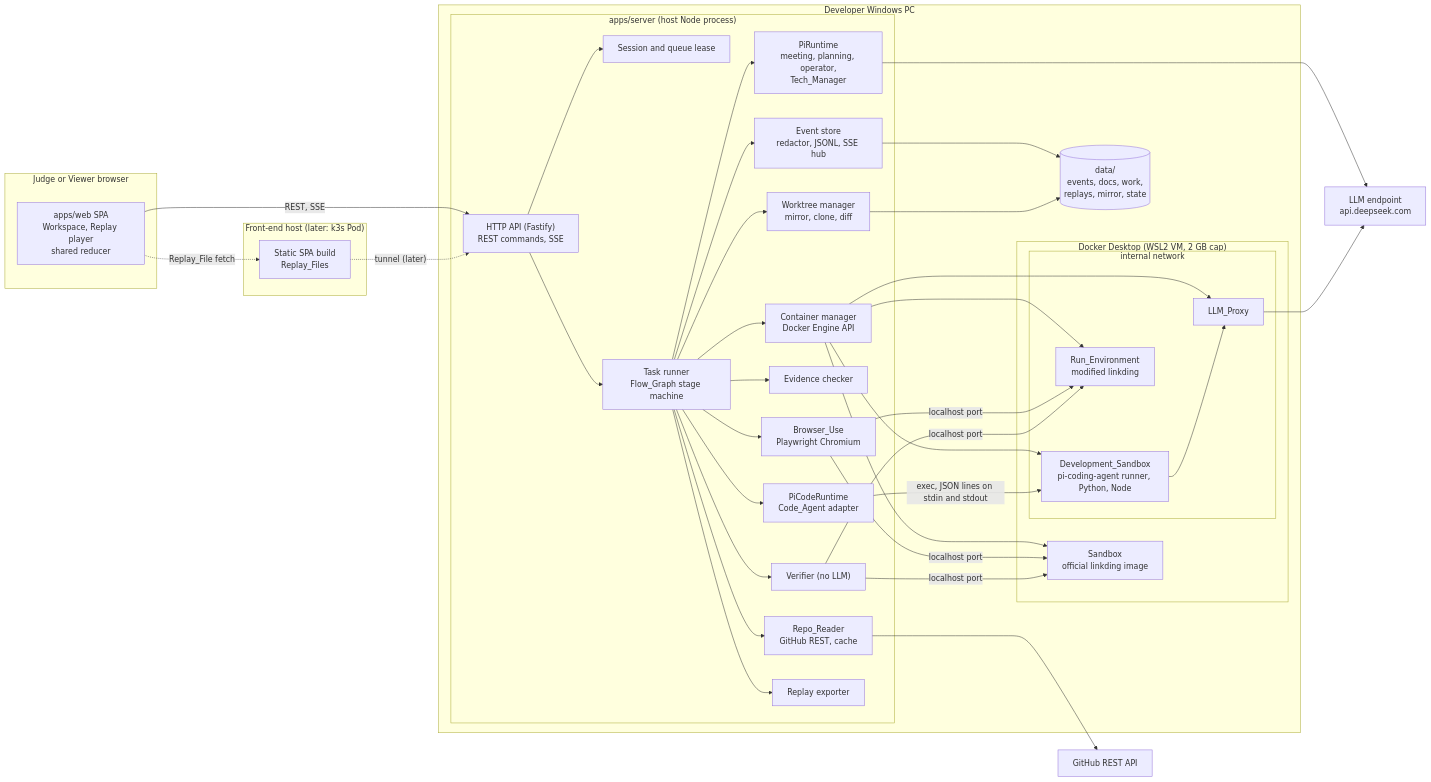
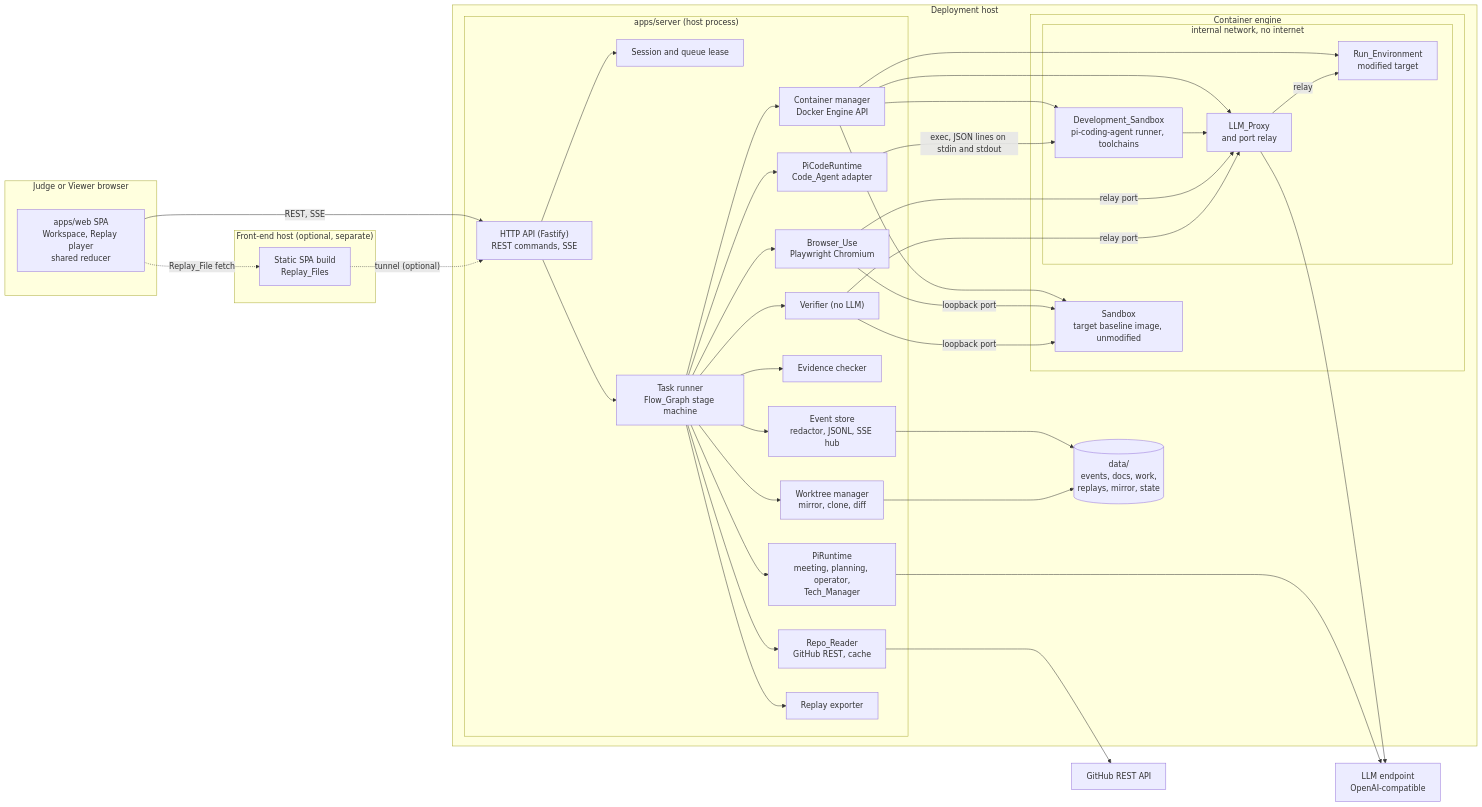
Before and after one commit to peikuo/graftlab-ai: the first of 3 diagrams in .kiro/specs/graftlab-ai/design.md, drawn with Mermaid. The commit also changed other lines of this file and 5 other files, not shown here.

Commit message:
docs(spec): generic design with Adapter contract; linkding and deployment moved to references; evidence gathered before the meeting; repository security noted for the future

````diff
--- a/.kiro/specs/graftlab-ai/design.md
+++ b/.kiro/specs/graftlab-ai/design.md
@@ -73,68 +81,69 @@
 ```mermaid
 flowchart LR
     subgraph Browser["Judge or Viewer browser"]
         WEB["apps/web SPA<br/>Workspace, Replay player<br/>shared reducer"]
     end
-    subgraph Front["Front-end host (later: k3s Pod)"]
+    subgraph Front["Front-end host (optional, separate)"]
         STATIC["Static SPA build<br/>Replay_Files"]
     end
-    subgraph PC["Developer Windows PC"]
-        subgraph Server["apps/server (host Node process)"]
+    subgraph Host["Deployment host"]
+        subgraph Server["apps/server (host process)"]
             HTTP["HTTP API (Fastify)<br/>REST commands, SSE"]
             QUEUE["Session and queue lease"]
             RUNNER["Task runner<br/>Flow_Graph stage machine"]
             STORE["Event store<br/>redactor, JSONL, SSE hub"]
             PIRT["PiRuntime<br/>meeting, planning, operator,<br/>Tech_Manager"]
             HRT["PiCodeRuntime<br/>Code_Agent adapter"]
             READER["Repo_Reader<br/>GitHub REST, cache"]
             EVID["Evidence checker"]
             BROWSER["Browser_Use<br/>Playwright Chromium"]
             DOCKER["Container manager<br/>Docker Engine API"]
             GIT["Worktree manager<br/>mirror, clone, diff"]
             VERIFIER["Verifier (no LLM)"]
             REPLAY["Replay exporter"]
         end
         DATA[("data/<br/>events, docs, work,<br/>replays, mirror, state")]
-        subgraph Docker["Docker Desktop (WSL2 VM, 2 GB cap)"]
-            SBX["Sandbox<br/>official linkding image"]
-            subgraph Internal["internal network"]
-                DEV["Development_Sandbox<br/>pi-coding-agent runner, Python, Node"]
-                RUN["Run_Environment<br/>modified linkding"]
-                PROXY["LLM_Proxy"]
+        subgraph Engine["Container engine"]
+            SBX["Sandbox<br/>target baseline image, unmodified"]
+            subgraph Internal["internal network, no internet"]
+                DEV["Development_Sandbox<br/>pi-coding-agent runner, toolchains"]
+                RUN["Run_Environment<br/>modified target"]
+                PROXY["LLM_Proxy<br/>and port relay"]
             end
         end
     end
-    LLM["LLM endpoint<br/>api.deepseek.com"]
+    LLM["LLM endpoint<br/>OpenAI-compatible"]
     GH["GitHub REST API"]
 
     WEB -- "REST, SSE" --> HTTP
     WEB -. "Replay_File fetch" .-> STATIC
-    STATIC -. "tunnel (later)" .-> HTTP
+    STATIC -. "tunnel (optional)" .-> HTTP
     HTTP --> QUEUE
     HTTP --> RUNNER
     RUNNER --> STORE
     STORE --> DATA
     RUNNER --> PIRT
     RUNNER --> HRT
     RUNNER --> READER
     RUNNER --> EVID
     RUNNER --> BROWSER
     RUNNER --> DOCKER
     RUNNER --> GIT
     RUNNER --> VERIFIER
     RUNNER --> REPLAY
     PIRT --> LLM
     READER --> GH
     GIT --> DATA
     DOCKER --> SBX
     DOCKER --> DEV
     DOCKER --> RUN
     DOCKER --> PROXY
     HRT -- "exec, JSON lines on stdin and stdout" --> DEV
     DEV --> PROXY
     PROXY --> LLM
-    BROWSER -- "localhost port" --> SBX
-    BROWSER -- "localhost port" --> RUN
-    VERIFIER -- "localhost port" --> SBX
-    VERIFIER -- "localhost port" --> RUN
+    BROWSER -- "loopback port" --> SBX
+    BROWSER -- "relay port" --> PROXY
+    VERIFIER -- "loopback port" --> SBX
+    VERIFIER -- "relay port" --> PROXY
+    PROXY -- "relay" --> RUN
 ```
````
